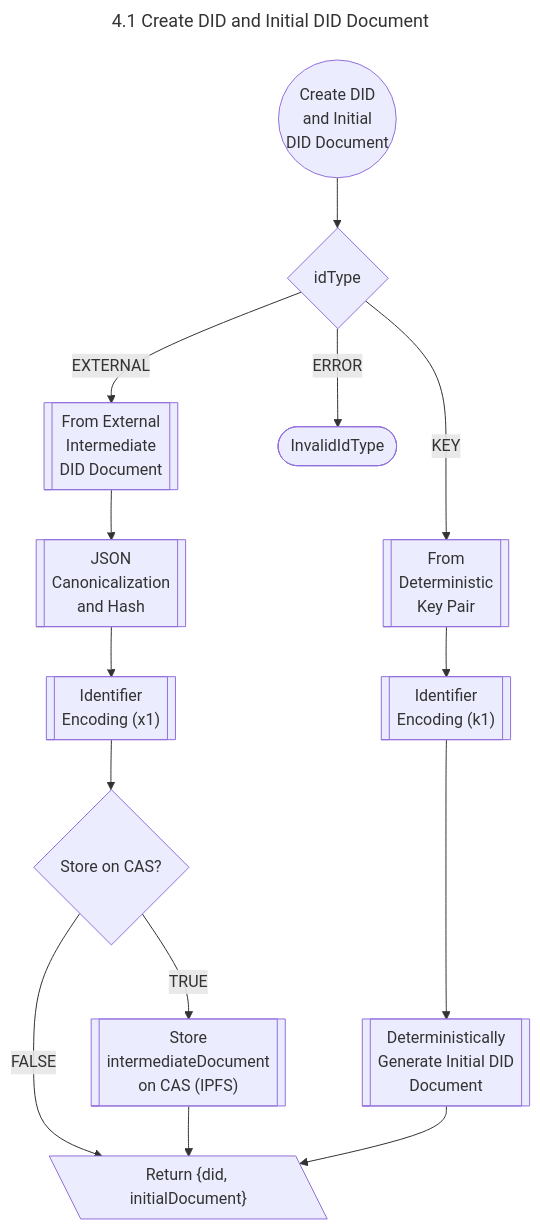
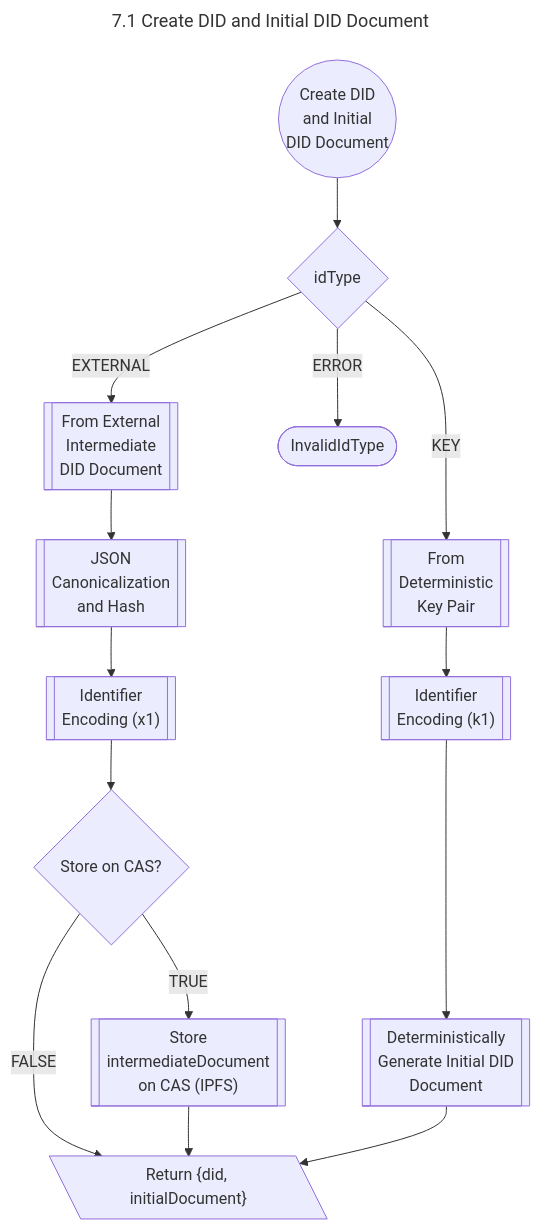
The diagram in docs/public/diagrams/crud/create/create-flowchart.mmd (jintekc/website-btcr2-dev), drawn with Mermaid before and after one commit. The commit also changed 7 other files, not shown here.

Commit message:
adding new crud diagrams

```diff
--- a/docs/public/diagrams/crud/create/create-flowchart.mmd
+++ b/docs/public/diagrams/crud/create/create-flowchart.mmd
@@ -1,27 +1,27 @@
 ---
-title: 4.1 Create DID and Initial DID Document
+title: 7.1 Create DID and Initial DID Document
 ---
 
 flowchart TD
 
     Start@{ shape: circle, label: "Create DID<br/>and Initial<br/>DID Document" } --> CheckIdType{ idType }
     
     %% Deterministic
     CheckIdType -->|KEY| Deterministic@{ shape: subproc, label: "From<br/>Deterministic<br/>Key Pair" }
     Deterministic --> IdentifierEncodingK1@{ shape: subproc, label: Identifier<br/>Encoding (k1) }
     IdentifierEncodingK1 ---> ResolveDeterministic@{ shape: subproc, label: "Deterministically<br/>Generate Initial DID<br/>Document" }
 
     %% External
     CheckIdType -->|EXTERNAL| External@{ shape: subproc, label: "From External<br/>Intermediate<br/>DID Document" }
     External --> JSONCanonicalizeHash@{ shape: subproc, label:  JSON<br/>Canonicalization<br/>and Hash }
     JSONCanonicalizeHash --> IdentifierEncodingX1@{ shape: subproc, label: Identifier<br/>Encoding (x1) }
     IdentifierEncodingX1 --> CheckStoreOnCAS{ Store on CAS? }
     CheckStoreOnCAS -->|TRUE| StoreOnCAS@{shape: subproc, label: Store<br/>intermediateDocument<br/>on CAS (IPFS)}
     CheckStoreOnCAS -->|FALSE| Return
     StoreOnCAS --> Return
 
     %% Error
     CheckIdType -->|ERROR| InvalidIdType@{ shape: stadium, label: "InvalidIdType" }
   
     %%   Return
     ResolveDeterministic --> Return@{ shape: lean-l, label: "Return {did, initialDocument}" }
```
